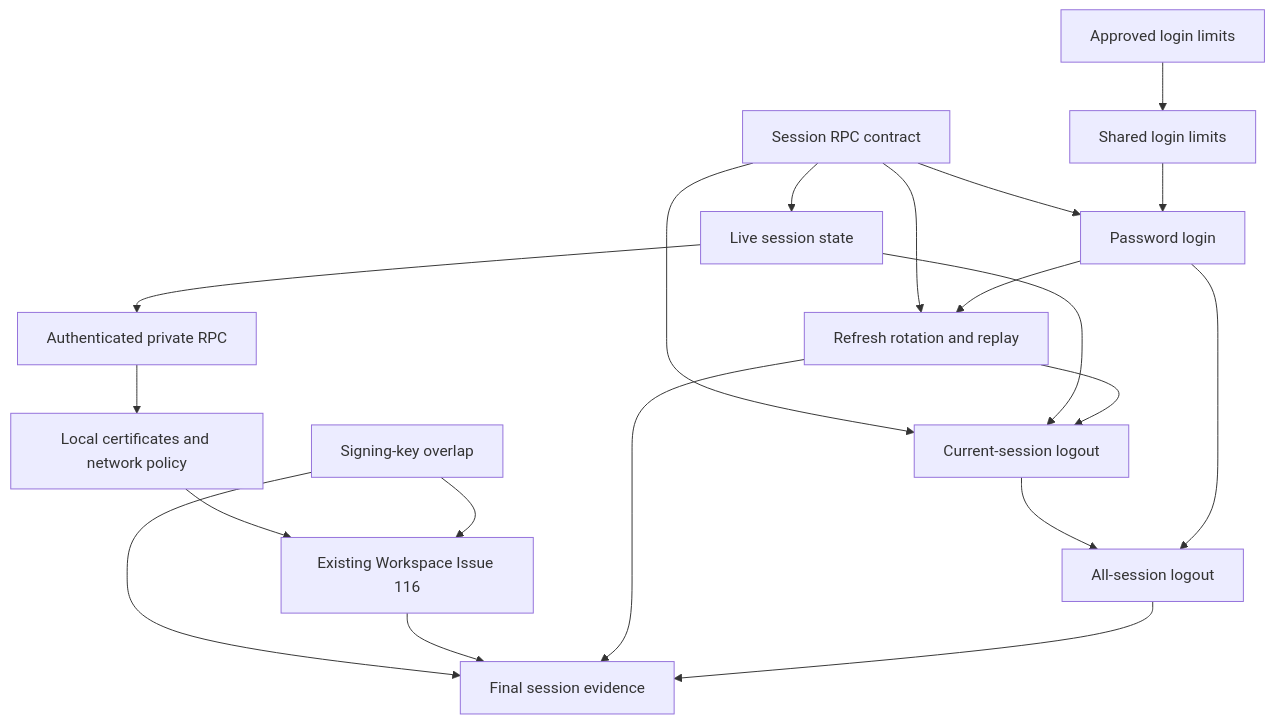
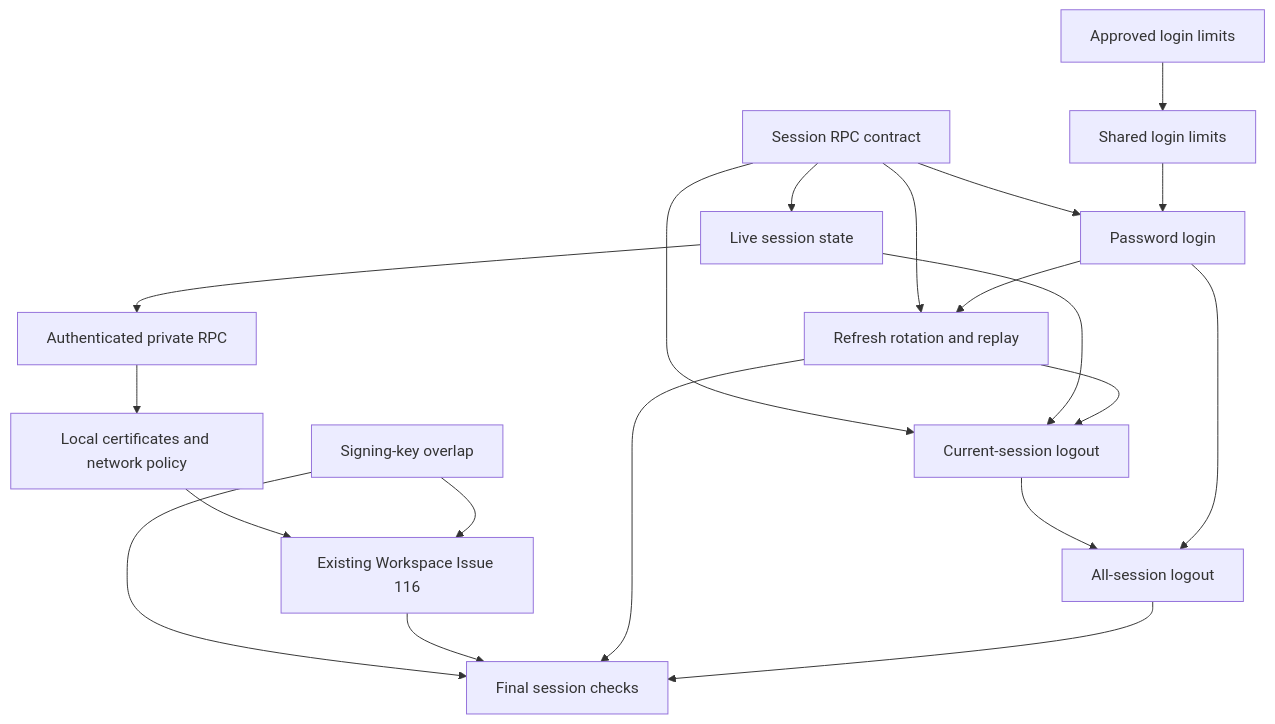
Before and after one commit to vasapolrittideah/flowspace-api: the diagram in tasks/identity-password-login-and-sessions.md, drawn with Mermaid. The commit also changed other lines of this file and 13 other files, not shown here.

````diff
--- a/tasks/identity-password-login-and-sessions.md
+++ b/tasks/identity-password-login-and-sessions.md
@@ -24,22 +24,22 @@
 ```mermaid
 flowchart TD
     LimitsDecision[Approved login limits] --> LoginLimits[Shared login limits]
     Contract[Session RPC contract] --> CheckState[Live session state]
     CheckState --> PrivateRPC[Authenticated private RPC]
     PrivateRPC --> LocalTLS[Local certificates and network policy]
     LocalTLS --> Workspace[Existing Workspace Issue 116]
     Contract --> Login[Password login]
     LoginLimits --> Login
     Contract --> Refresh[Refresh rotation and replay]
     Login --> Refresh
     Contract --> CurrentLogout[Current-session logout]
     CheckState --> CurrentLogout
     Refresh --> CurrentLogout
     CurrentLogout --> AllLogout[All-session logout]
     Login --> AllLogout
     Keys[Signing-key overlap] --> Workspace
-    Keys --> Evidence[Final session evidence]
-    Workspace --> Evidence
-    Refresh --> Evidence
-    AllLogout --> Evidence
+    Keys --> Verify[Final session checks]
+    Workspace --> Verify
+    Refresh --> Verify
+    AllLogout --> Verify
 ```
````
